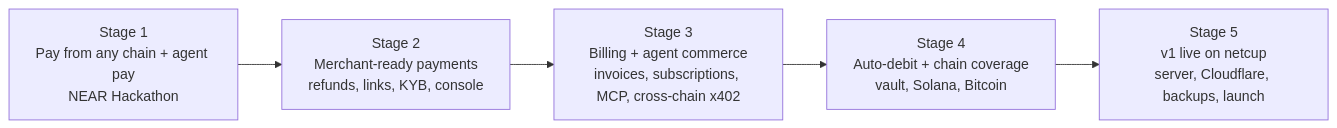
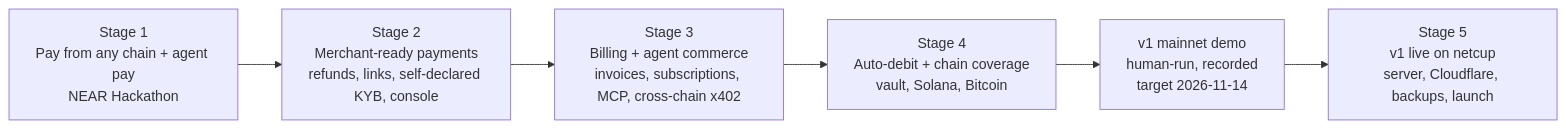
The diagram in roadmap/development-plan.md (nearpay-money/nearpay-brain), drawn with Mermaid before and after one commit. The commit also changed other lines of this file and 15 other files, not shown here.

````diff
--- a/roadmap/development-plan.md
+++ b/roadmap/development-plan.md
@@ -17,7 +19,8 @@
 ```mermaid
 flowchart LR
-  S1[Stage 1<br/>Pay from any chain + agent pay<br/>NEAR Hackathon] --> S2[Stage 2<br/>Merchant-ready payments<br/>refunds, links, KYB, console]
+  S1[Stage 1<br/>Pay from any chain + agent pay<br/>NEAR Hackathon] --> S2[Stage 2<br/>Merchant-ready payments<br/>refunds, links, self-declared KYB, console]
   S2 --> S3[Stage 3<br/>Billing + agent commerce<br/>invoices, subscriptions, MCP, cross-chain x402]
   S3 --> S4[Stage 4<br/>Auto-debit + chain coverage<br/>vault, Solana, Bitcoin]
-  S4 --> S5[Stage 5<br/>v1 live on netcup<br/>server, Cloudflare, backups, launch]
+  S4 --> D1[v1 mainnet demo<br/>human-run, recorded<br/>target 2026-11-14]
+  D1 --> S5[Stage 5<br/>v1 live on netcup<br/>server, Cloudflare, backups, launch]
 ```
````
